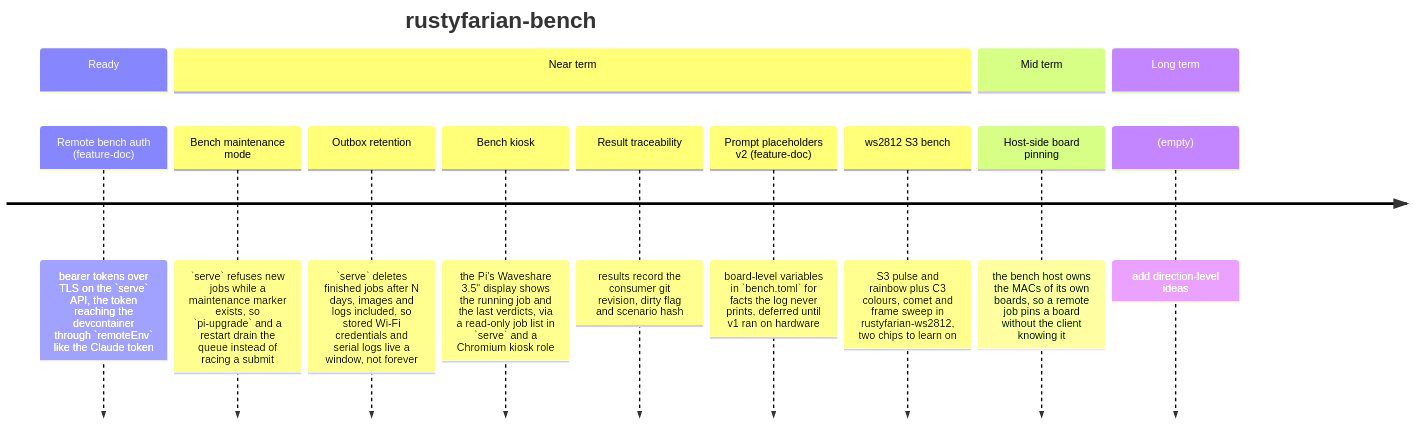
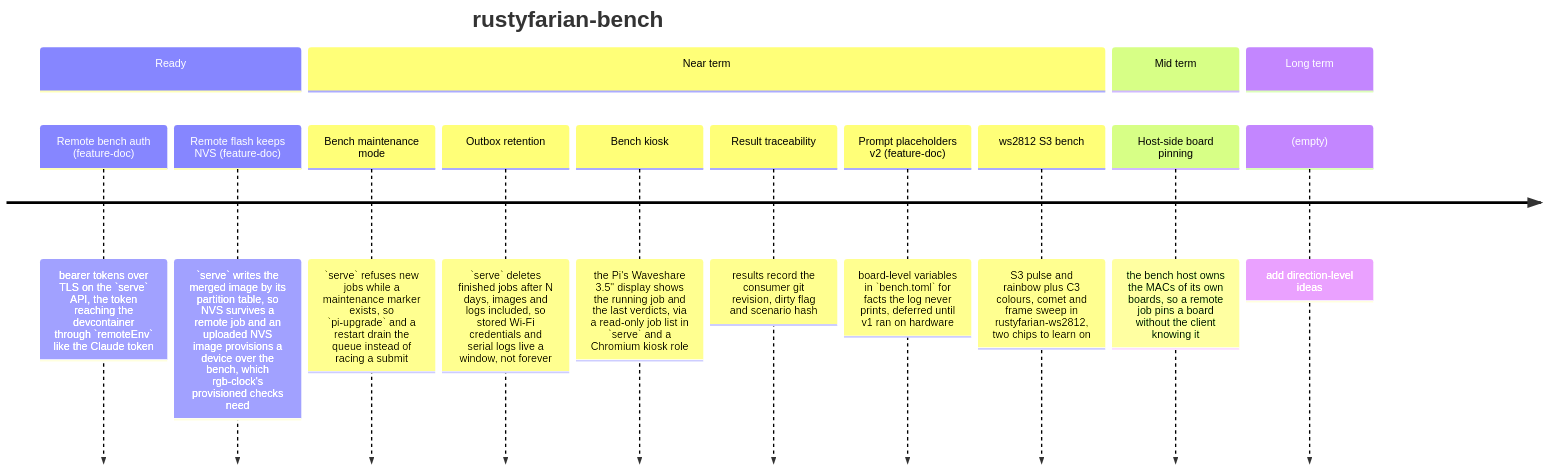
One commit to datenkollektiv/rustyfarian-bench changed the diagram in docs/ROADMAP.md. Above: the diagram before and after it, drawn with Mermaid. The commit also changed 3 other files, not shown here.

Commit message:
Add feature request: Keep NVS during remote job

````diff
--- a/docs/ROADMAP.md
+++ b/docs/ROADMAP.md
@@ -8,17 +8,18 @@
 ```mermaid
 timeline
     title rustyfarian-bench
     section Ready
         Remote bench auth (feature-doc) : bearer tokens over TLS on the `serve` API, the token reaching the devcontainer through `remoteEnv` like the Claude token
+        Remote flash keeps NVS (feature-doc) : `serve` writes the merged image by its partition table, so NVS survives a remote job and an uploaded NVS image provisions a device over the bench, which rgb-clock's provisioned checks need
     section Near term
         Bench maintenance mode : `serve` refuses new jobs while a maintenance marker exists, so `pi-upgrade` and a restart drain the queue instead of racing a submit
         Outbox retention : `serve` deletes finished jobs after N days, images and logs included, so stored Wi-Fi credentials and serial logs live a window, not forever
         Bench kiosk : the Pi's Waveshare 3.5" display shows the running job and the last verdicts, via a read-only job list in `serve` and a Chromium kiosk role
         Result traceability : results record the consumer git revision, dirty flag and scenario hash
         Prompt placeholders v2 (feature-doc) : board-level variables in `bench.toml` for facts the log never prints, deferred until v1 ran on hardware
         ws2812 S3 bench : S3 pulse and rainbow plus C3 colours, comet and frame sweep in rustyfarian-ws2812, two chips to learn on
     section Mid term
         Host-side board pinning : the bench host owns the MACs of its own boards, so a remote job pins a board without the client knowing it
     section Long term
         (empty) : add direction-level ideas
 ```
````
